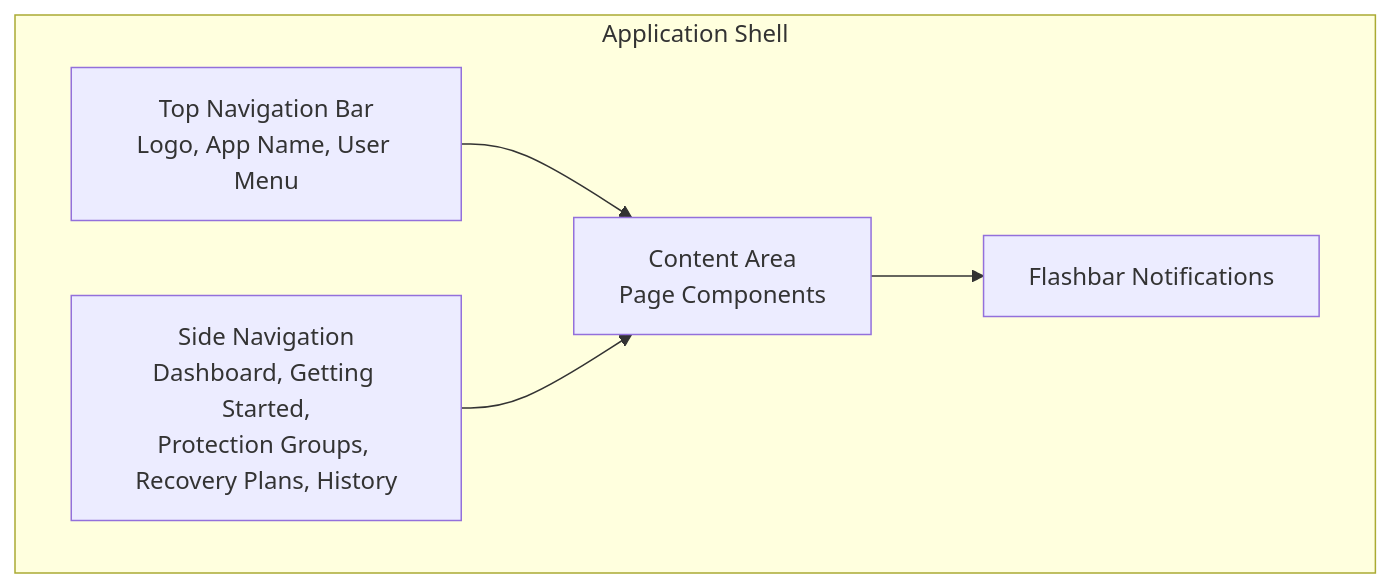
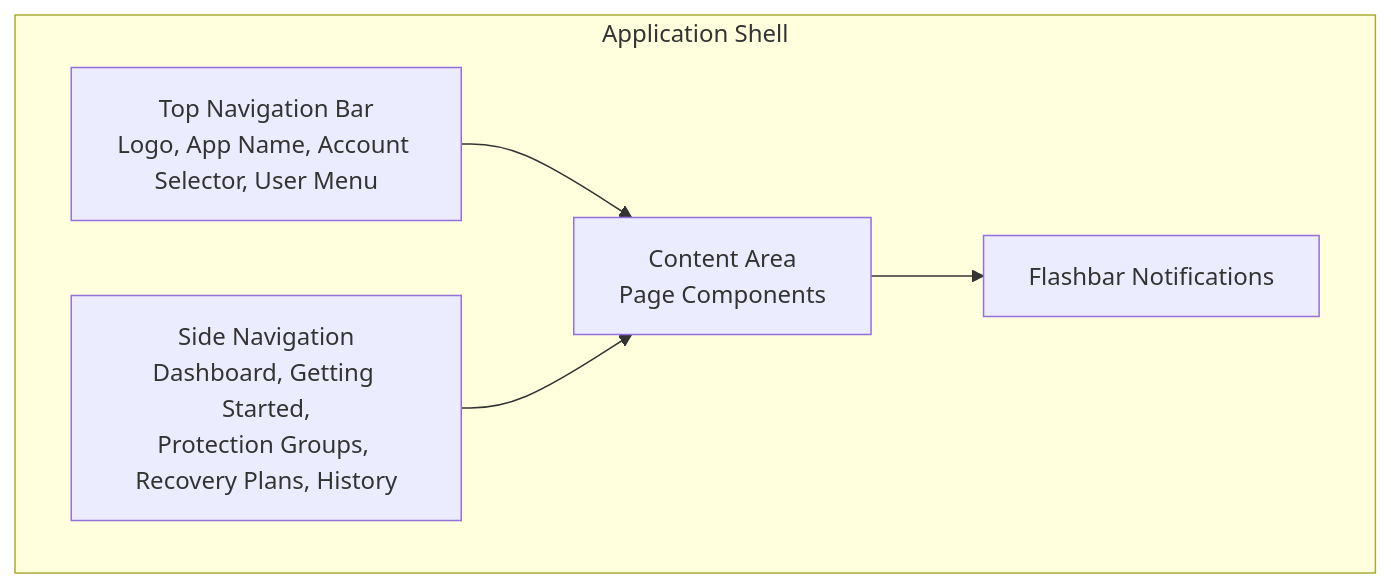
Before and after one commit to johnjcousens/aws-elasticdrs-orchestrator: the first of 19 diagrams in docs/requirements/UX_UI_DESIGN_SPECIFICATIONS.md, drawn with Mermaid. The commit also changed other lines of this file, not shown here.

First line of the commit message:
docs: Complete UX/UI Design Specifications Multi-Account Prototype 1.0 updates

````diff
--- a/docs/requirements/UX_UI_DESIGN_SPECIFICATIONS.md
+++ b/docs/requirements/UX_UI_DESIGN_SPECIFICATIONS.md
@@ -272,13 +272,13 @@
 ```mermaid
 flowchart TB
     subgraph AppShell ["Application Shell"]
-        TopNav["Top Navigation Bar<br/>Logo, App Name, User Menu"]
+        TopNav["Top Navigation Bar<br/>Logo, App Name, Account Selector, User Menu"]
         SideNav["Side Navigation<br/>Dashboard, Getting Started,<br/>Protection Groups, Recovery Plans, History"]
         Content["Content Area<br/>Page Components"]
         Notifications["Flashbar Notifications"]
     end
     
     TopNav --> Content
     SideNav --> Content
     Content --> Notifications
 ```
````
